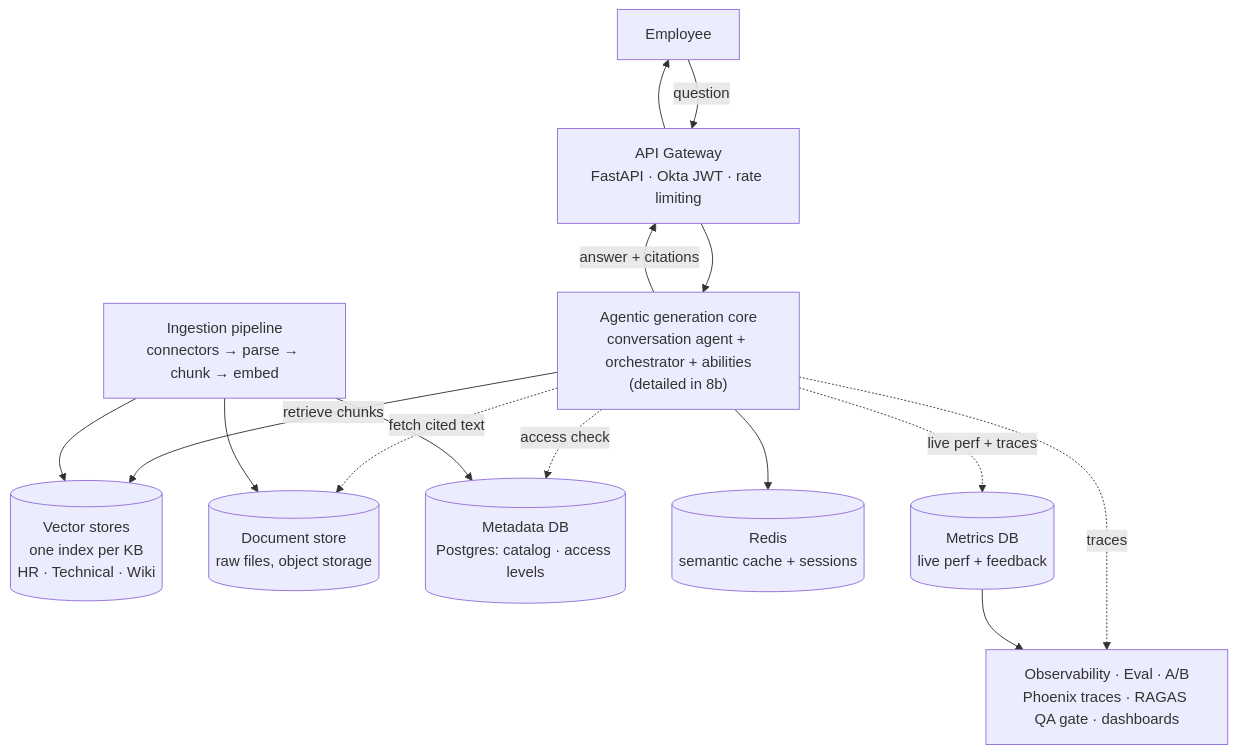
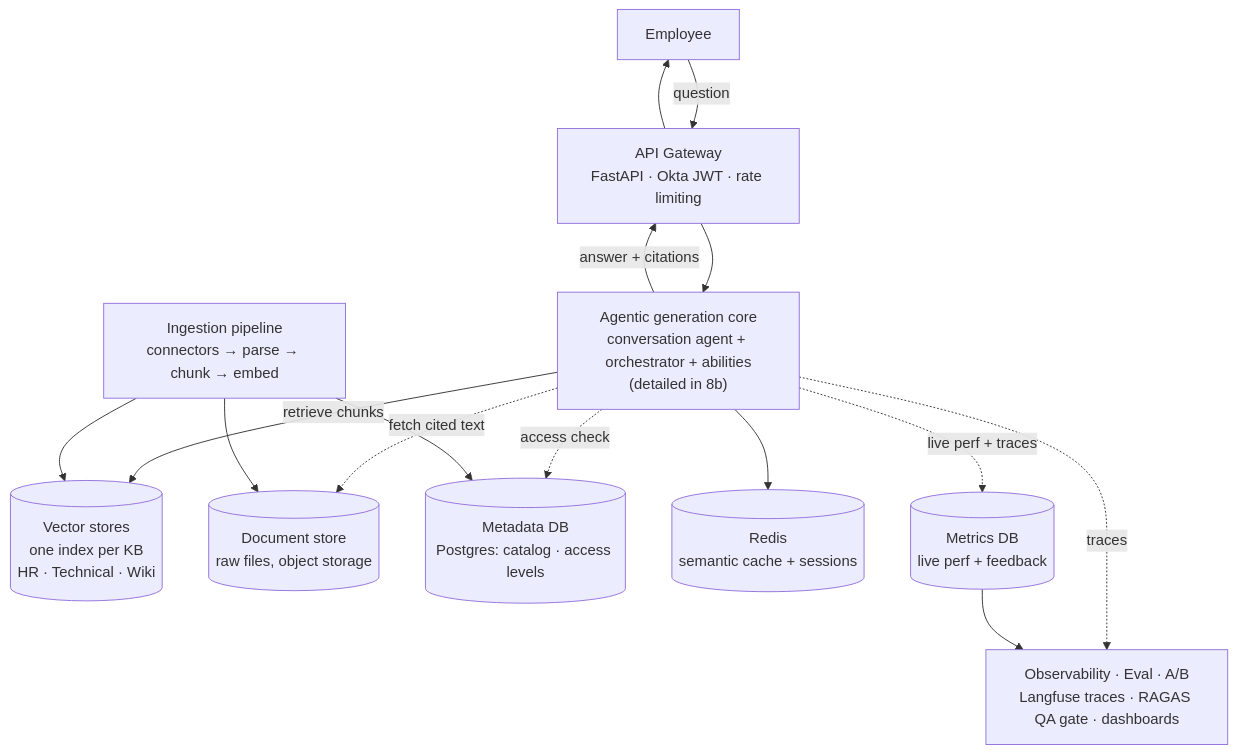
Before and after one commit to AndresPerez-n/corporate-chatbot-rag: the second of 3 diagrams in ARCHITECTURE.md, drawn with Mermaid. The commit also changed other lines of this file and 2 other files, not shown here.

````diff
--- a/ARCHITECTURE.md
+++ b/ARCHITECTURE.md
@@ -258,26 +269,26 @@
 ```mermaid
 flowchart TB
     USR["Employee"]
     GW["API Gateway<br/>FastAPI · Okta JWT · rate limiting"]
     CORE["Agentic generation core<br/>conversation agent + orchestrator + abilities<br/>(detailed in 8b)"]
     KBS[("Vector stores<br/>one index per KB<br/>HR · Technical · Wiki")]
     DOCS[("Document store<br/>raw files, object storage")]
     META[("Metadata DB<br/>Postgres: catalog · access levels")]
     CACHE[("Redis<br/>semantic cache + sessions")]
     METRICS[("Metrics DB<br/>live perf + feedback")]
     ING["Ingestion pipeline<br/>connectors → parse → chunk → embed"]
-    OBS["Observability · Eval · A/B<br/>Phoenix traces · RAGAS QA gate · dashboards"]
+    OBS["Observability · Eval · A/B<br/>Langfuse traces · RAGAS QA gate · dashboards"]
 
     USR -->|question| GW --> CORE
     CORE -->|answer + citations| GW --> USR
     CORE -->|retrieve chunks| KBS
     CORE -.->|fetch cited text| DOCS
     CORE -.->|access check| META
     CORE --> CACHE
     ING --> KBS
     ING --> DOCS
     ING --> META
     CORE -. live perf + traces .-> METRICS
     CORE -. traces .-> OBS
     METRICS --> OBS
 ```
````
